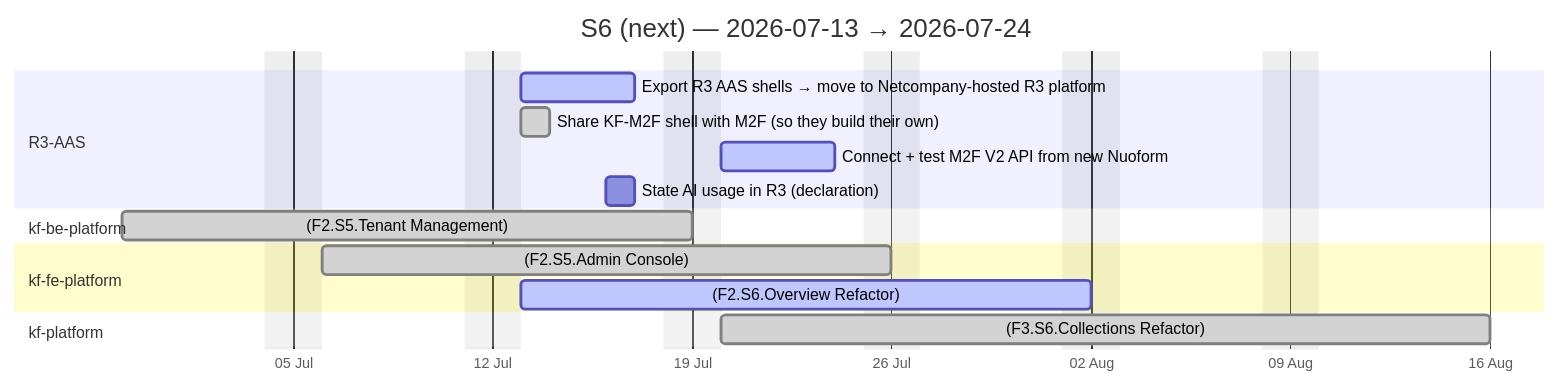
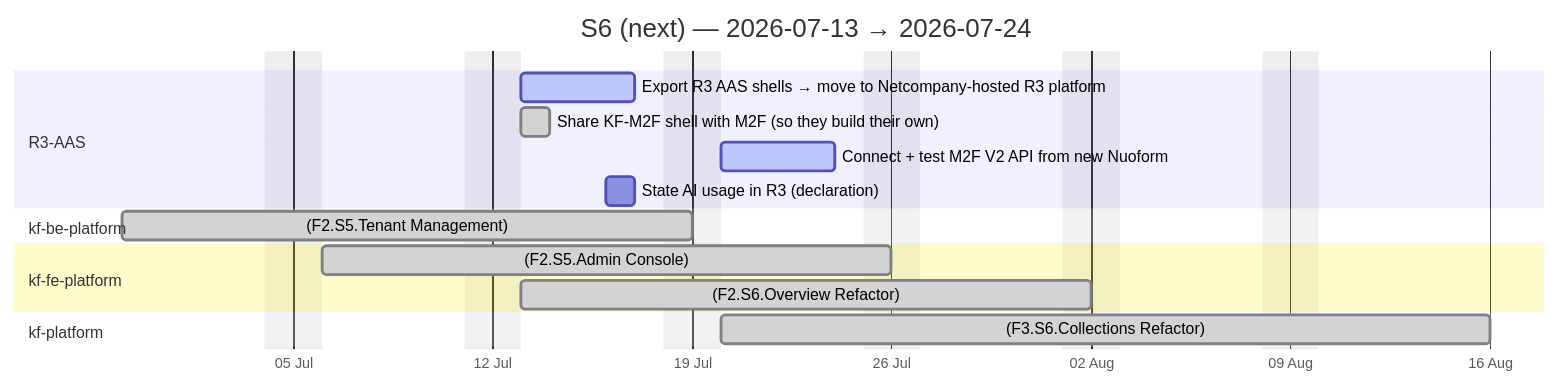
The fourth of 4 diagrams in docs/agile-sprints.md (Katty-Fashion/kf-cpto), drawn with Mermaid before and after one commit. The commit also changed other lines of this file and 14 other files, not shown here.

````diff
--- a/docs/agile-sprints.md
+++ b/docs/agile-sprints.md
@@ -101,20 +101,20 @@
 ```mermaid
 gantt
     title S6 (next) — 2026-07-13 → 2026-07-24
     dateFormat YYYY-MM-DD
     axisFormat %d %b
     excludes weekends
 
     section R3-AAS
     Export R3 AAS shells → move to Netcompany-hosted R3 platform :active, 2026-07-13, 2026-07-17
     Share KF-M2F shell with M2F (so they build their own) :done, 2026-07-13, 2026-07-14
     Connect + test M2F V2 API from new Nuoform :active, 2026-07-20, 2026-07-24
     State AI usage in R3 (declaration) :2026-07-16, 2026-07-17
     section kf-be-platform
     (F2.S5.Tenant Management) :done, 2026-06-29, 2026-07-19
     section kf-fe-platform
     (F2.S5.Admin Console) :done, 2026-07-06, 2026-07-26
-    (F2.S6.Overview Refactor) :active, 2026-07-13, 2026-08-02
+    (F2.S6.Overview Refactor) :done, 2026-07-13, 2026-08-02
     section kf-platform
     (F3.S6.Collections Refactor) :done, 2026-07-20, 2026-08-16
 ```
````
